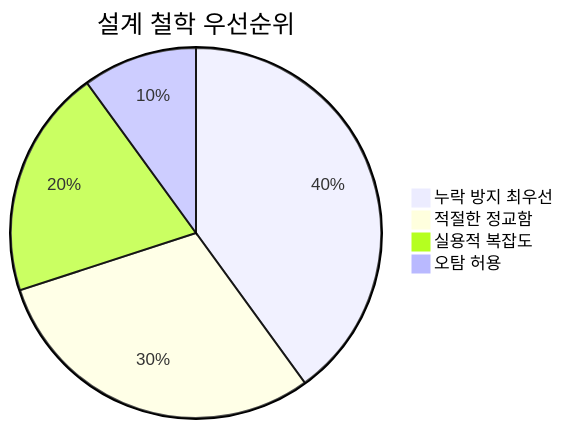
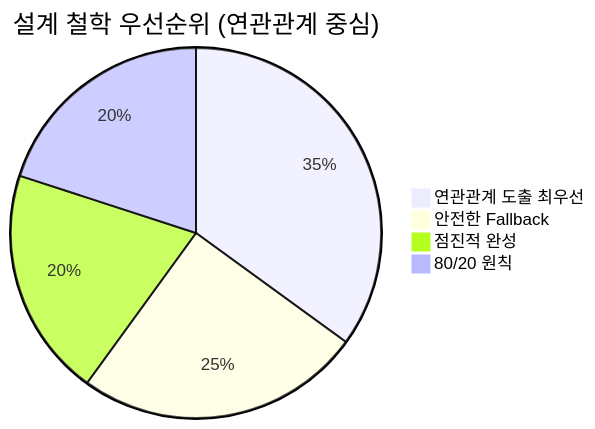
Before and after one commit to kumtaek/SourceAnalyzer: the first of 4 diagrams in docs/01_프로젝트_개요_및_목적.md, drawn with Mermaid. The commit also changed other lines of this file and 63 other files, not shown here.

````diff
--- a/docs/01_프로젝트_개요_및_목적.md
+++ b/docs/01_프로젝트_개요_및_목적.md
@@ -31,7 +31,7 @@
 ```mermaid
-pie title 설계 철학 우선순위
-    "누락 방지 최우선" : 40
-    "적절한 정교함" : 30
-    "실용적 복잡도" : 20
-    "오탐 허용" : 10
+pie title 설계 철학 우선순위 (연관관계 중심)
+    "연관관계 도출 최우선" : 35
+    "안전한 Fallback" : 25
+    "점진적 완성" : 20
+    "80/20 원칙" : 20
 ```
````
